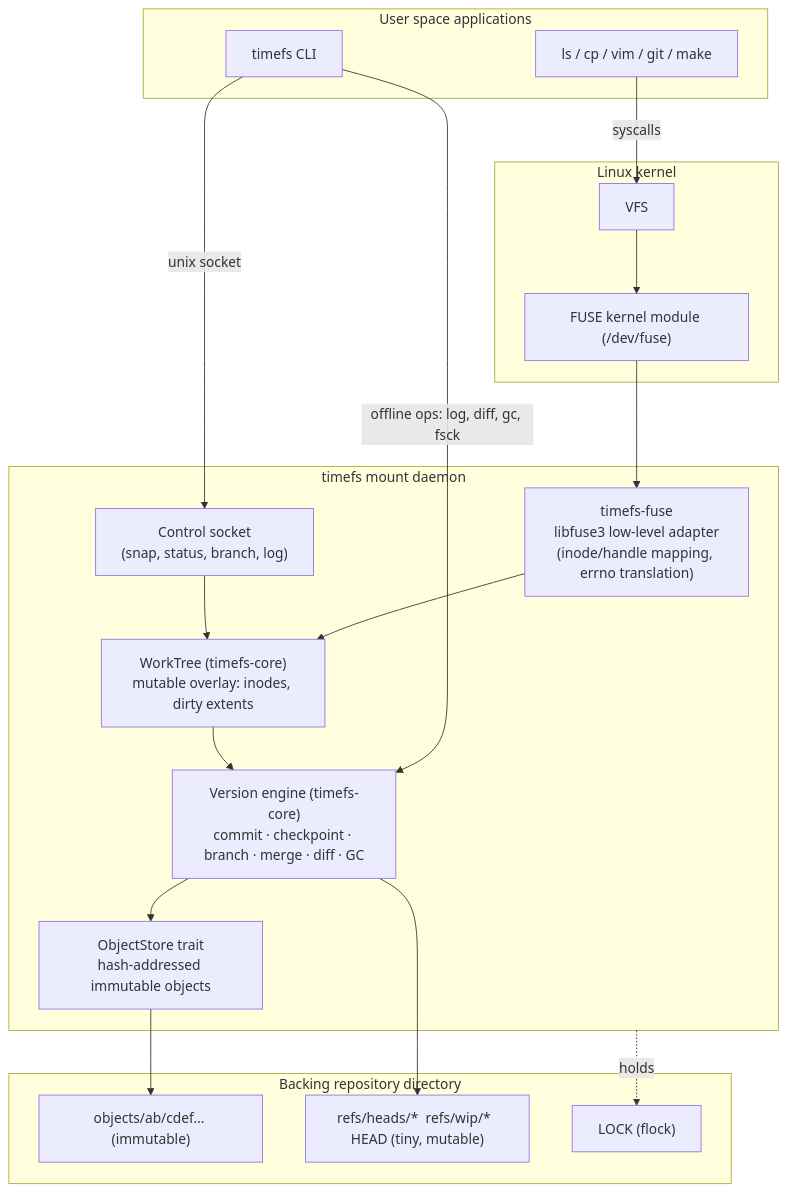
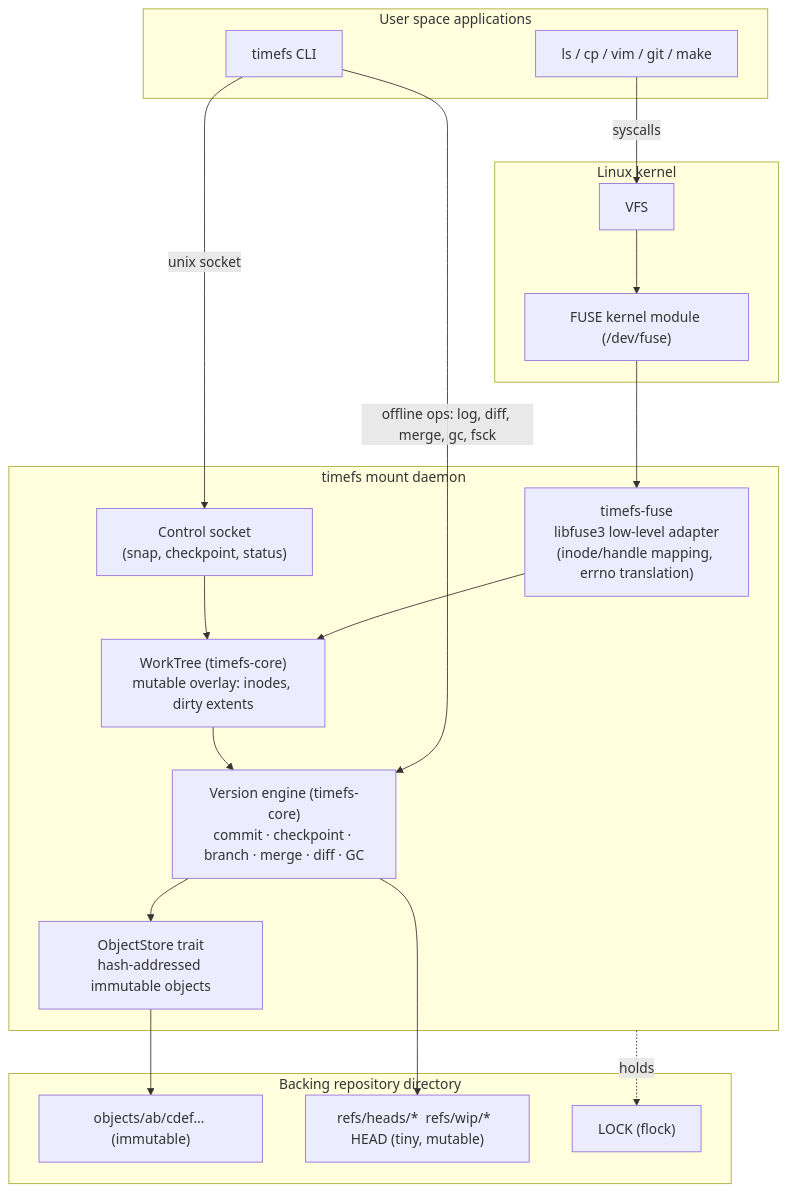
One commit to SumitKumar-17/timefs changed the first of 8 diagrams in docs/architecture.md. Above: the diagram before and after it, drawn with Mermaid. The commit also changed other lines of this file and 12 other files, not shown here.

````diff
--- a/docs/architecture.md
+++ b/docs/architecture.md
@@ -8,36 +8,36 @@
 ```mermaid
 flowchart TB
     subgraph User["User space applications"]
         A1["ls / cp / vim / git / make"]
         A2["timefs CLI"]
     end
 
     subgraph Kernel["Linux kernel"]
         VFS["VFS"]
         FUSEK["FUSE kernel module (/dev/fuse)"]
     end
 
     subgraph Daemon["timefs mount daemon"]
         FUSEL["timefs-fuse<br/>libfuse3 low-level adapter<br/>(inode/handle mapping, errno translation)"]
-        CTL["Control socket<br/>(snap, status, branch, log)"]
+        CTL["Control socket<br/>(snap, checkpoint, status)"]
         WT["WorkTree (timefs-core)<br/>mutable overlay: inodes, dirty extents"]
         ENG["Version engine (timefs-core)<br/>commit · checkpoint · branch · merge · diff · GC"]
         OBJ["ObjectStore trait<br/>hash-addressed immutable objects"]
     end
 
     subgraph Disk["Backing repository directory"]
         OBJS["objects/ab/cdef… (immutable)"]
         REFS["refs/heads/*  refs/wip/*  HEAD (tiny, mutable)"]
         LOCK["LOCK (flock)"]
     end
 
     A1 -->|syscalls| VFS --> FUSEK --> FUSEL
     A2 -->|unix socket| CTL
-    A2 -->|offline ops: log, diff, gc, fsck| ENG
+    A2 -->|offline ops: log, diff, merge, gc, fsck| ENG
     FUSEL --> WT
     CTL --> WT
     WT --> ENG --> OBJ
     OBJ --> OBJS
     ENG --> REFS
     Daemon -.holds.-> LOCK
 ```
````
